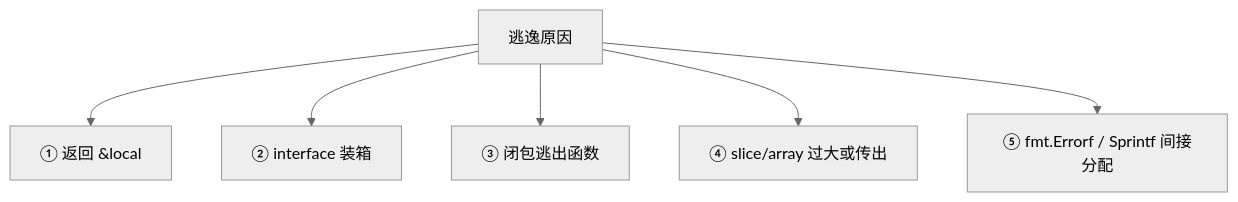
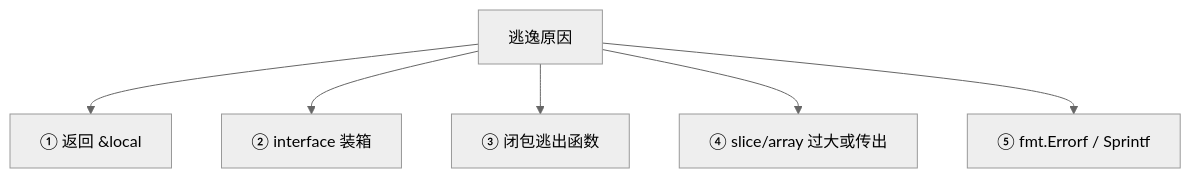
The second of 5 diagrams in 05-开发能力/03-Go/11-GC内存与逃逸分析/知识点.md (ml-cuizijun/LearnToLilith), drawn with Mermaid (neutral theme) before and after one commit. The commit also changed other lines of this file and 178 other files, not shown here.

````diff
--- a/05-开发能力/03-Go/11-GC内存与逃逸分析/知识点.md
+++ b/05-开发能力/03-Go/11-GC内存与逃逸分析/知识点.md
@@ -278,8 +272,8 @@
 ```mermaid
 flowchart TB
     ESC["逃逸原因"] --> P1["① 返回 &local"]
     ESC --> P2["② interface 装箱"]
     ESC --> P3["③ 闭包逃出函数"]
     ESC --> P4["④ slice/array 过大或传出"]
-    ESC --> P5["⑤ fmt.Errorf / Sprintf 间接分配"]
+    ESC --> P5["⑤ fmt.Errorf / Sprintf"]
 ```
````
